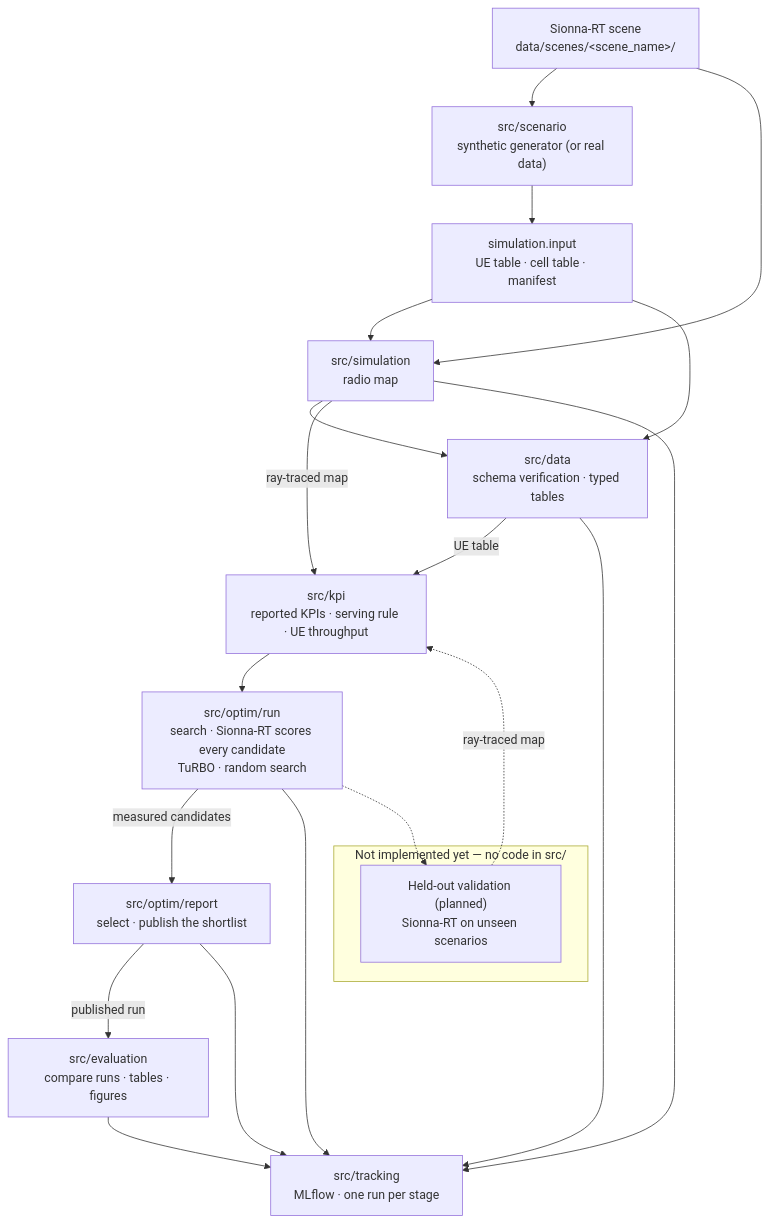
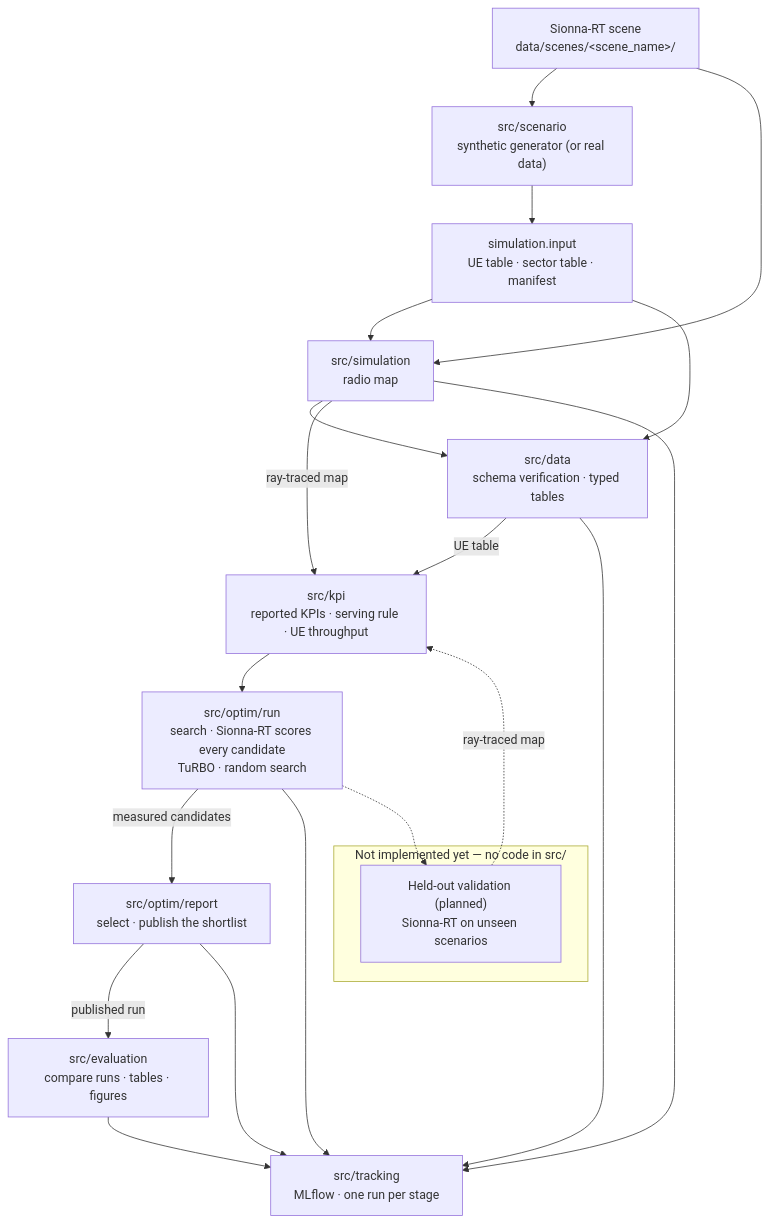
One commit to NguyenVu04/band-tilt changed the diagram in README.md. Above: the diagram before and after it, drawn with Mermaid. The commit also changed other lines of this file and 60 other files, not shown here.

First line of the commit message:
Refactor codebase to replace 'cell' terminology with 'sector'

````diff
--- a/README.md
+++ b/README.md
@@ -113,33 +113,33 @@
 ```mermaid
 flowchart TB
     scene["Sionna-RT scene<br/>data/scenes/&lt;scene_name&gt;/"]
     gen["src/scenario<br/>synthetic generator (or real data)"]
-    inputs["simulation.input<br/>UE table · cell table · manifest"]
+    inputs["simulation.input<br/>UE table · sector table · manifest"]
 
     sim["src/simulation<br/>radio map"]
     prep["src/data<br/>schema verification · typed tables"]
     kpi["src/kpi<br/>reported KPIs · serving rule · UE throughput"]
     opt["src/optim/run<br/>search · Sionna-RT scores every candidate<br/>TuRBO · random search"]
     ver["src/optim/report<br/>select · publish the shortlist"]
     rep["src/evaluation<br/>compare runs · tables · figures"]
     mlf["src/tracking<br/>MLflow · one run per stage"]
 
     subgraph future["Not implemented yet — no code in src/"]
         val["Held-out validation (planned)<br/>Sionna-RT on unseen scenarios"]
     end
 
     scene --> gen
     gen --> inputs
     scene --> sim
     inputs --> sim
     inputs --> prep
     sim --> prep
     sim -->|ray-traced map| kpi
     prep -->|UE table| kpi
     kpi --> opt
     opt -->|measured candidates| ver
     ver -->|published run| rep
     sim & prep & opt & ver & rep --> mlf
     opt -.-> val
     val -.->|ray-traced map| kpi
 ```
````
